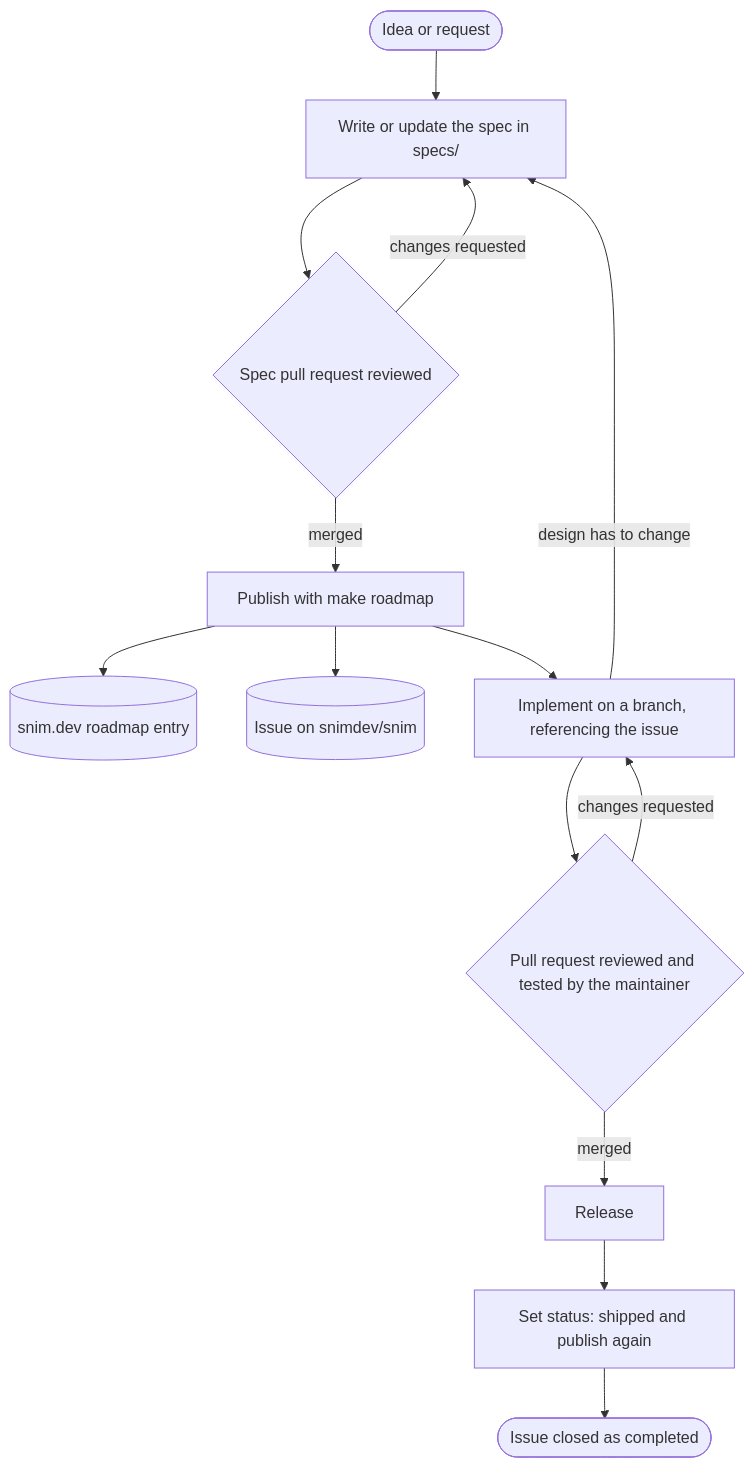
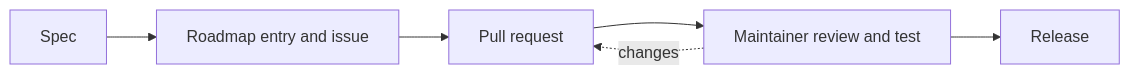
Before and after one commit to snimdev/devenv: the diagram in README.md, drawn with Mermaid.

Commit message:
Simplify the development flow diagram

````diff
--- a/README.md
+++ b/README.md
@@ -26,16 +26,5 @@
 ```mermaid
-flowchart TD
-    idea(["Idea or request"]) --> spec["Write or update the spec in specs/"]
-    spec --> specpr{"Spec pull request reviewed"}
-    specpr -->|"changes requested"| spec
-    specpr -->|"merged"| publish["Publish with make roadmap"]
-    publish --> roadmap[("snim.dev roadmap entry")]
-    publish --> issue[("Issue on snimdev/snim")]
-    publish --> build["Implement on a branch, referencing the issue"]
-    build -->|"design has to change"| spec
-    build --> pr{"Pull request reviewed and tested by the maintainer"}
-    pr -->|"changes requested"| build
-    pr -->|"merged"| release["Release"]
-    release --> shipped["Set status: shipped and publish again"]
-    shipped --> closed(["Issue closed as completed"])
+flowchart LR
+    spec["Spec"] --> publish["Roadmap entry and issue"] --> pr["Pull request"] --> review["Maintainer review and test"] --> release["Release"]
+    review -. changes .-> pr
 ```
````
